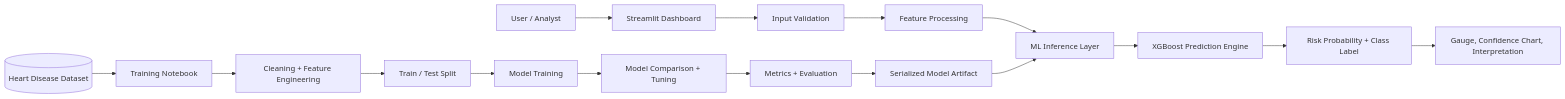
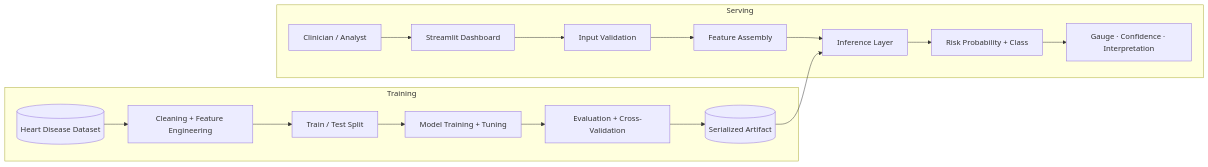
The diagram in README.md (apoorvrajdev/heart-disease-ai), drawn with Mermaid before and after one commit. The commit also changed other lines of this file, not shown here.

First line of the commit message:
feat(readme): redesign repository into production-grade engineering showcase

````diff
--- a/README.md
+++ b/README.md
@@ -25,19 +48,21 @@
 ```mermaid
 flowchart LR
-    U[User / Analyst] --> UI[Streamlit Dashboard]
-    UI --> V[Input Validation]
-    V --> FP[Feature Processing]
-    FP --> INF[ML Inference Layer]
-    INF --> XGB[XGBoost Prediction Engine]
-    XGB --> OUT[Risk Probability + Class Label]
-    OUT --> VIS[Gauge, Confidence Chart, Interpretation]
+    subgraph Training
+      D[(Heart Disease Dataset)] --> CLEAN[Cleaning + Feature Engineering]
+      CLEAN --> SPLIT[Train / Test Split]
+      SPLIT --> FIT[Model Training + Tuning]
+      FIT --> EVAL[Evaluation + Cross-Validation]
+      EVAL --> ART[(Serialized Artifact)]
+    end
 
-    D[(Heart Disease Dataset)] --> NB[Training Notebook]
-    NB --> PREP[Cleaning + Feature Engineering]
-    PREP --> SPLIT[Train / Test Split]
-    SPLIT --> TRAIN[Model Training]
-    TRAIN --> TUNE[Model Comparison + Tuning]
-    TUNE --> EVAL[Metrics + Evaluation]
-    EVAL --> SER[Serialized Model Artifact]
-    SER --> INF
+    subgraph Serving
+      U[Clinician / Analyst] --> UI[Streamlit Dashboard]
+      UI --> V[Input Validation]
+      V --> FP[Feature Assembly]
+      FP --> INF[Inference Layer]
+      INF --> OUT[Risk Probability + Class]
+      OUT --> VIS[Gauge · Confidence · Interpretation]
+    end
+
+    ART --> INF
 ```
````
